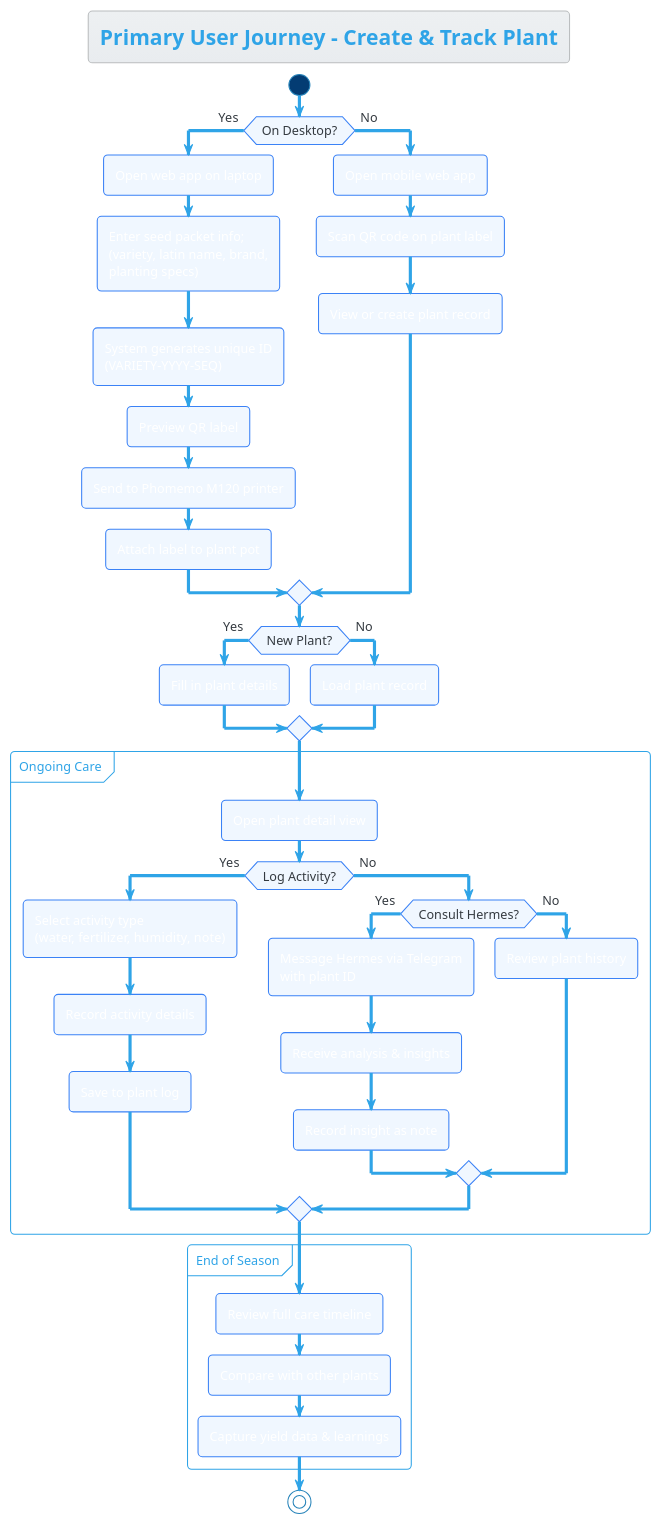
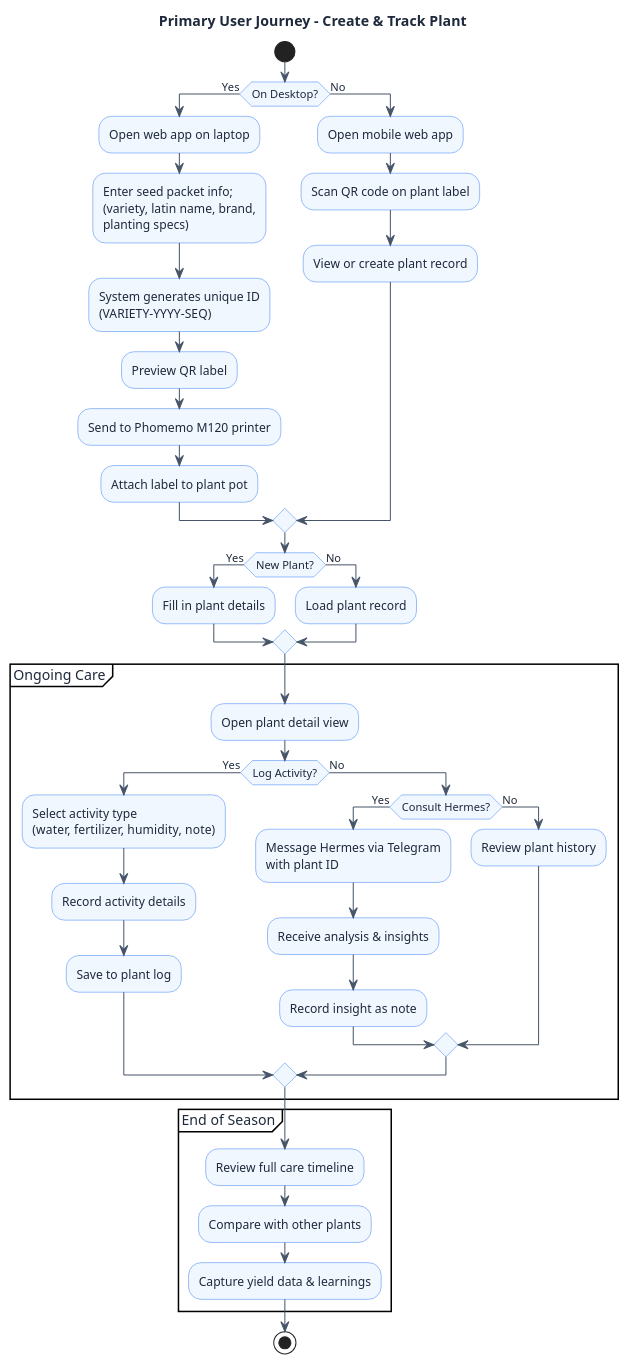
Before and after one commit to geraldthewes/plant-tracking: the diagram in knowledge/ui-design/02-primary-journey.puml, drawn with PlantUML. The commit also changed 11 other files, not shown here.

First line of the commit message:
fix: improve text contrast in all PlantUML UI diagrams

```diff
--- a/knowledge/ui-design/02-primary-journey.puml
+++ b/knowledge/ui-design/02-primary-journey.puml
@@ -1,72 +1,78 @@
 @startuml
-!theme cerulean
 skinparam activity {
   BackgroundColor #f0f7ff
   BorderColor #3b82f6
+  FontColor #1e293b
 }
 skinparam condition {
   BackgroundColor #fef3c7
   BorderColor #f59e0b
+  FontColor #1e293b
 }
 skinparam start {
-  BackgroundColor #22c55e
-  BorderColor #16a34a
+  BackgroundColor #16a34a
+  BorderColor #15803d
+  FontColor #ffffff
 }
 skinparam stop {
-  BackgroundColor #ef4444
-  BorderColor #dc2626
+  BackgroundColor #dc2626
+  BorderColor #b91c1c
+  FontColor #ffffff
 }
+skinparam defaultFontColor #1e293b
+skinparam arrowColor #475569
+skinparam shadowing false
 
 title Primary User Journey - Create & Track Plant
 
 start
 
 if (On Desktop?) then (Yes)
   :Open web app on laptop;
 
   :Enter seed packet info;\n(variety, latin name, brand,\nplanting specs);
   :System generates unique ID\n(VARIETY-YYYY-SEQ);
 
   :Preview QR label;
   :Send to Phomemo M120 printer;
   :Attach label to plant pot;
 
 else (No)
   :Open mobile web app;
 
   :Scan QR code on plant label;
   :View or create plant record;
 endif
 
 if (New Plant?) then (Yes)
   :Fill in plant details;
 else (No)
   :Load plant record;
 endif
 
 partition "Ongoing Care" {
   :Open plant detail view;
 
   if (Log Activity?) then (Yes)
     :Select activity type\n(water, fertilizer, humidity, note);
     :Record activity details;
     :Save to plant log;
   else (No)
     if (Consult Hermes?) then (Yes)
       :Message Hermes via Telegram\nwith plant ID;
       :Receive analysis & insights;
       :Record insight as note;
     else (No)
       :Review plant history;
     endif
   endif
 }
 
 partition "End of Season" {
   :Review full care timeline;
   :Compare with other plants;
   :Capture yield data & learnings;
 }
 
 stop
 @enduml
```
